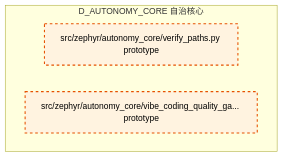
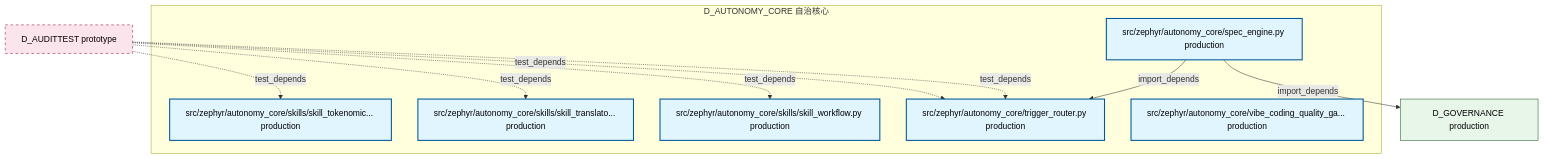
One commit to xuanFelixVan/ZephyrAlpha changed the fourth of 4 diagrams in docs/02_enterprise_architecture/02_domain_architecture_docs/07_d_autonomy_core.md. Above: the diagram before and after it, drawn with Mermaid. The commit also changed other lines of this file and 105 other files, not shown here.

````diff
--- a/docs/02_enterprise_architecture/02_domain_architecture_docs/07_d_autonomy_core.md
+++ b/docs/02_enterprise_architecture/02_domain_architecture_docs/07_d_autonomy_core.md
@@ -199,12 +291,27 @@
 ```mermaid
 graph TD
     subgraph D_AUTONOMY_CORE["D_AUTONOMY_CORE 自治核心"]
-        src_zephyr_autonomy_core_verify_paths_py["src/zephyr/autonomy_core/verify_paths.py prototype"]
-        src_zephyr_autonomy_core_vibe_coding_quality_gate_py["src/zephyr/autonomy_core/vibe_coding_quality_ga... prototype"]
+        src_zephyr_autonomy_core_skills_skill_tokenomics_py["src/zephyr/autonomy_core/skills/skill_tokenomic... production"]
+        src_zephyr_autonomy_core_skills_skill_translator_py["src/zephyr/autonomy_core/skills/skill_translato... production"]
+        src_zephyr_autonomy_core_skills_skill_workflow_py["src/zephyr/autonomy_core/skills/skill_workflow.py production"]
+        src_zephyr_autonomy_core_spec_engine_py["src/zephyr/autonomy_core/spec_engine.py production"]
+        src_zephyr_autonomy_core_trigger_router_py["src/zephyr/autonomy_core/trigger_router.py production"]
+        src_zephyr_autonomy_core_vibe_coding_quality_gate_py["src/zephyr/autonomy_core/vibe_coding_quality_ga... production"]
     end
+    src_zephyr_autonomy_core_spec_engine_py -->|import_depends| src_zephyr_autonomy_core_trigger_router_py
+    D_GOVERNANCE["D_GOVERNANCE production"]
+    src_zephyr_autonomy_core_spec_engine_py -->|import_depends| D_GOVERNANCE
+    D_AUDITTEST["D_AUDITTEST prototype"]
+    D_AUDITTEST -.->|test_depends| src_zephyr_autonomy_core_trigger_router_py
+    D_AUDITTEST -.->|test_depends| src_zephyr_autonomy_core_trigger_router_py
+    D_AUDITTEST -.->|test_depends| src_zephyr_autonomy_core_skills_skill_translator_py
+    D_AUDITTEST -.->|test_depends| src_zephyr_autonomy_core_skills_skill_tokenomics_py
+    D_AUDITTEST -.->|test_depends| src_zephyr_autonomy_core_skills_skill_workflow_py
     classDef production fill:#e1f5fe,stroke:#01579b,stroke-width:2px,color:#000
     classDef design fill:#fff3e0,stroke:#e65100,stroke-width:2px,color:#000,stroke-dasharray: 5 5
     classDef external_prod fill:#e8f5e9,stroke:#1b5e20,stroke-width:1px,color:#000
     classDef external_design fill:#fce4ec,stroke:#880e4f,stroke-width:1px,color:#000,stroke-dasharray: 5 5
-    class src_zephyr_autonomy_core_verify_paths_py,src_zephyr_autonomy_core_vibe_coding_quality_gate_py design
+    class src_zephyr_autonomy_core_skills_skill_tokenomics_py,src_zephyr_autonomy_core_skills_skill_translator_py,src_zephyr_autonomy_core_skills_skill_workflow_py,src_zephyr_autonomy_core_spec_engine_py,src_zephyr_autonomy_core_trigger_router_py,src_zephyr_autonomy_core_vibe_coding_quality_gate_py production
+    class D_GOVERNANCE external_prod
+    class D_AUDITTEST external_design
 ```
````
